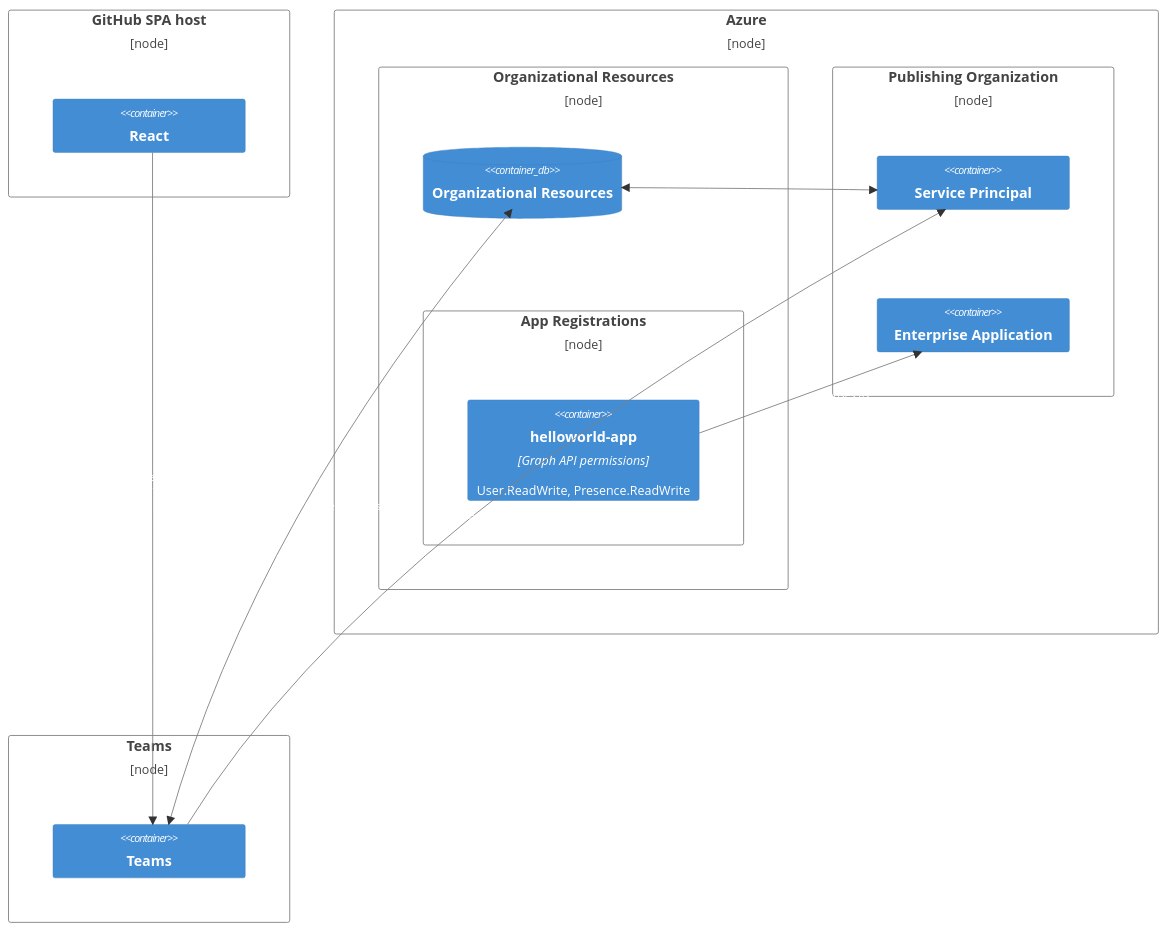
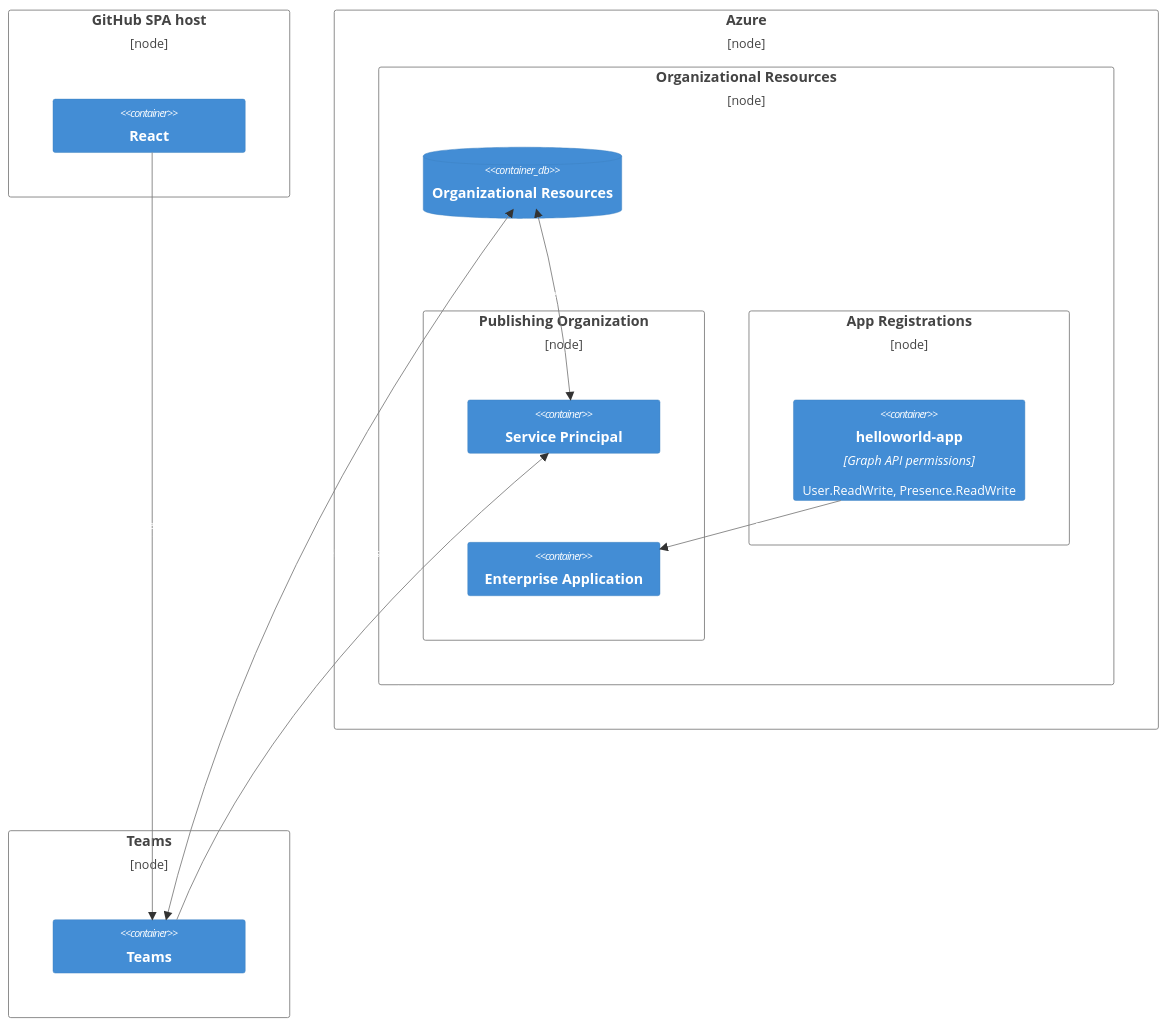
The diagram in _posts/2024-08-05-azure-entra-in-spa.md (CynicDog/CynicDog.github.io), drawn with Mermaid before and after one commit.

````diff
--- a/_posts/2024-08-05-azure-entra-in-spa.md
+++ b/_posts/2024-08-05-azure-entra-in-spa.md
@@ -20,46 +20,47 @@
 ```mermaid
 C4Deployment
     title  
     
     Deployment_Node(github, "GitHub SPA host") {
         Container(React, "React", "", "")
     }
 
     Deployment_Node(azure, "Azure") {
         Deployment_Node(organizationalResources, "Organizational Resources") {
         ContainerDb(Organizational_Resources, "Organizational Resources", "")
         
+        Deployment_Node(publishingOrganization, "Publishing Organization") {
+            Container(Service_Principal, "Service Principal", "", "")
+            Container(Enterprise_Application, "Enterprise Application", "", "")        
+        }
+        
         Deployment_Node(appRegistrations, "App Registrations") {
                 Container(helloworld_app, "helloworld-app", "Graph API permissions", "User.ReadWrite, Presence.ReadWrite")
             }
-        }
-
-        Deployment_Node(publishingOrganization, "Publishing Organization") {
-            Container(Service_Principal, "Service Principal", "", "")
-            Container(Enterprise_Application, "Enterprise Application", "", "")        
         }
     }
         
     Deployment_Node(teams, "Teams") {
         Container(Teams, "Teams", "", "")
     }
     
     Rel(helloworld_app, Enterprise_Application, "Exposes as")
     Rel(Teams, Service_Principal, "Delegates to")
     Rel(React, Teams, "Provides endpoint")
     BiRel(Service_Principal, Organizational_Resources, "Accesses")
     BiRel(Teams, Organizational_Resources, "On behalf of user")
 
     UpdateElementStyle(azure, $borderColor="gray")
     UpdateElementStyle(github, $borderColor="gray")
     UpdateElementStyle(teams, $borderColor="gray")
     UpdateElementStyle(organizationalResources, $borderColor="gray")
     UpdateElementStyle(appRegistrations, $borderColor="gray")
     UpdateElementStyle(publishingOrganization, $borderColor="gray")
     
     UpdateRelStyle(helloworld_app, Enterprise_Application, $textColor="white", $lineColor="gray", ,$offsetX="5")
-    UpdateRelStyle(Teams, Service_Principal, $textColor="white", $lineColor="gray", $offsetX="-110")
+    UpdateRelStyle(Teams, Service_Principal, $textColor="white", $lineColor="gray")
     UpdateRelStyle(React, Teams, $textColor="white", $lineColor="gray", $offsetY="-15", $offsetX="-40")
     UpdateRelStyle(Service_Principal, Organizational_Resources, $textColor="white", $lineColor="gray", $offsetY="-15", $offsetX="-40")
     UpdateRelStyle(Teams, Organizational_Resources, $textColor="white", $lineColor="gray", $offsetY="-15", $offsetX="-40")
+      
 ```
````
